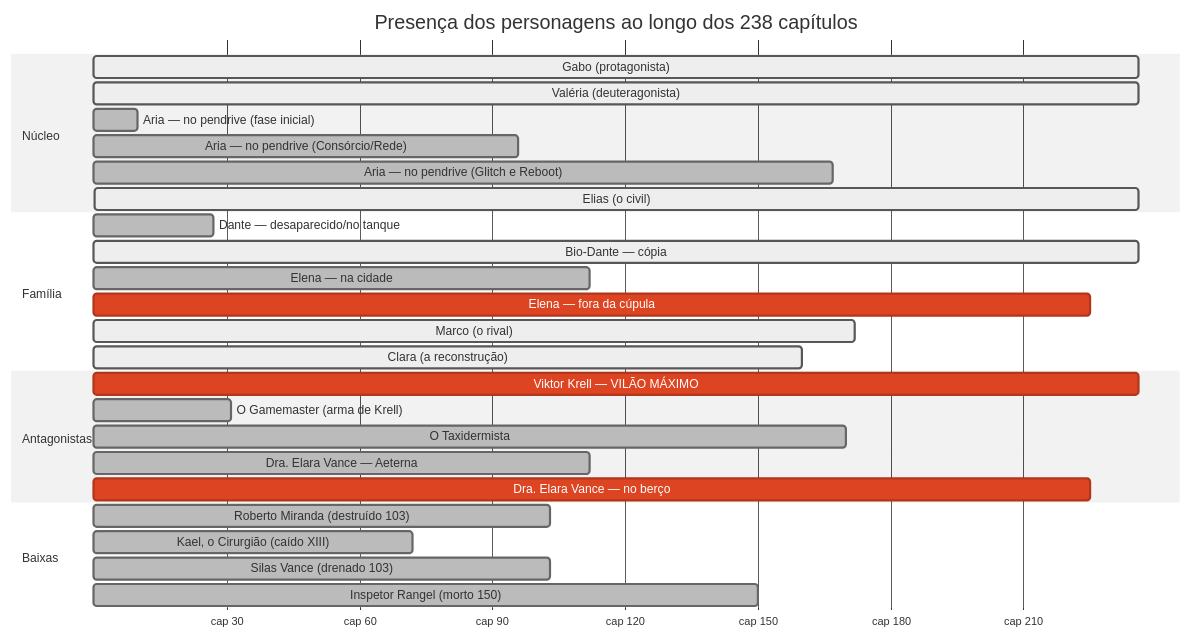
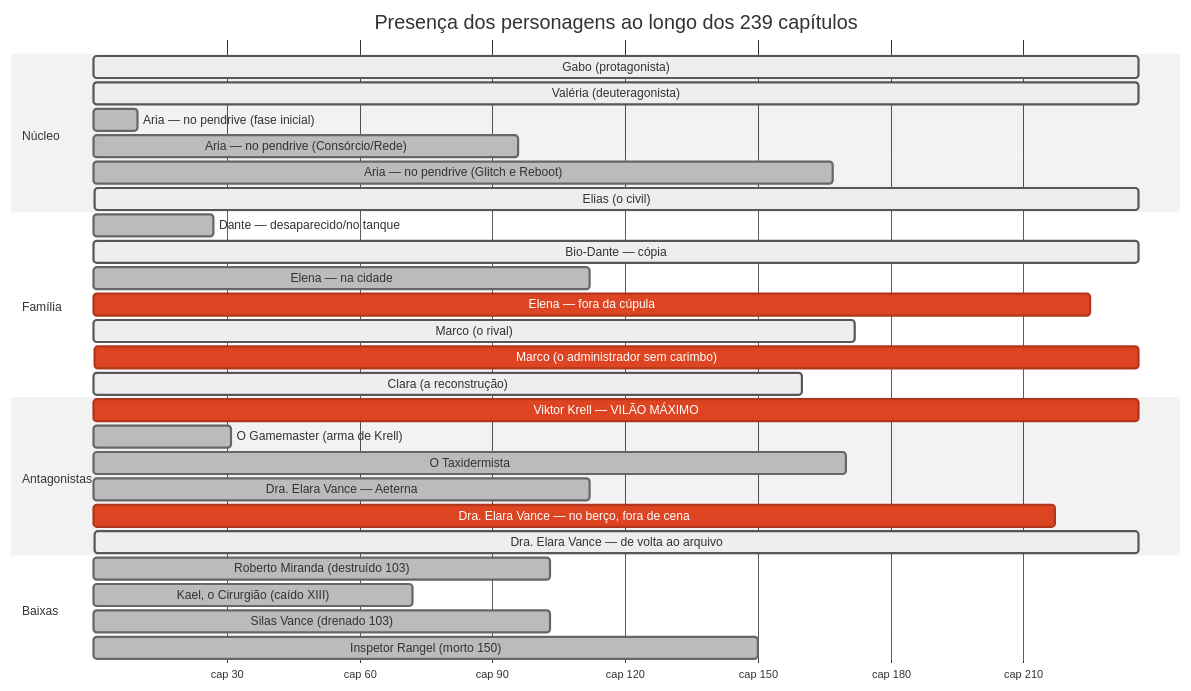
Before and after one commit to juninmd/ecos-de-baia-cinzenta: the second of 4 diagrams in docs/arcos.md, drawn with Mermaid (neutral theme). The commit also changed other lines of this file and 64 other files, not shown here.

````diff
--- a/docs/arcos.md
+++ b/docs/arcos.md
@@ -87,34 +87,36 @@
 ```mermaid
 gantt
-    title Presença dos personagens ao longo dos 238 capítulos
+    title Presença dos personagens ao longo dos 239 capítulos
     dateFormat X
     axisFormat cap %s
     section Núcleo
     Gabo (protagonista)                       :active, 1, 236
     Valéria (deuteragonista)             :active, 3, 236
     Aria — no pendrive (fase inicial)    :done, 2, 10
     Aria — no pendrive (Consórcio/Rede)  :done, 56, 96
     Aria — no pendrive (Glitch e Reboot) :done, 109, 167
     Elias (o civil)                      :active, 193, 236
 
     section Família
     Dante — desaparecido/no tanque       :done, 1, 27
     Bio-Dante — cópia                    :active, 104, 236
     Elena — na cidade                    :done, 17, 112
     Elena — fora da cúpula               :crit, 113, 225
     Marco (o rival)                      :active, 4, 172
+    Marco (o administrador sem carimbo)  :crit, 233, 236
     Clara (a reconstrução)               :active, 29, 160
 
     section Antagonistas
     Viktor Krell — VILÃO MÁXIMO          :crit, 4, 236
     O Gamemaster (arma de Krell)         :done, 14, 31
     O Taxidermista                       :done, 3, 170
     Dra. Elara Vance — Aeterna           :done, 13, 112
-    Dra. Elara Vance — no berço          :crit, 113, 225
+    Dra. Elara Vance — no berço, fora de cena :crit, 113, 217
+    Dra. Elara Vance — de volta ao arquivo    :active, 218, 236
 
     section Baixas
     Roberto Miranda (destruído 103)      :done, 1, 103
     Kael, o Cirurgião (caído XIII)       :done, 4, 72
     Silas Vance (drenado 103)            :done, 76, 103
     Inspetor Rangel (morto 150)          :done, 2, 150
 ```
````
